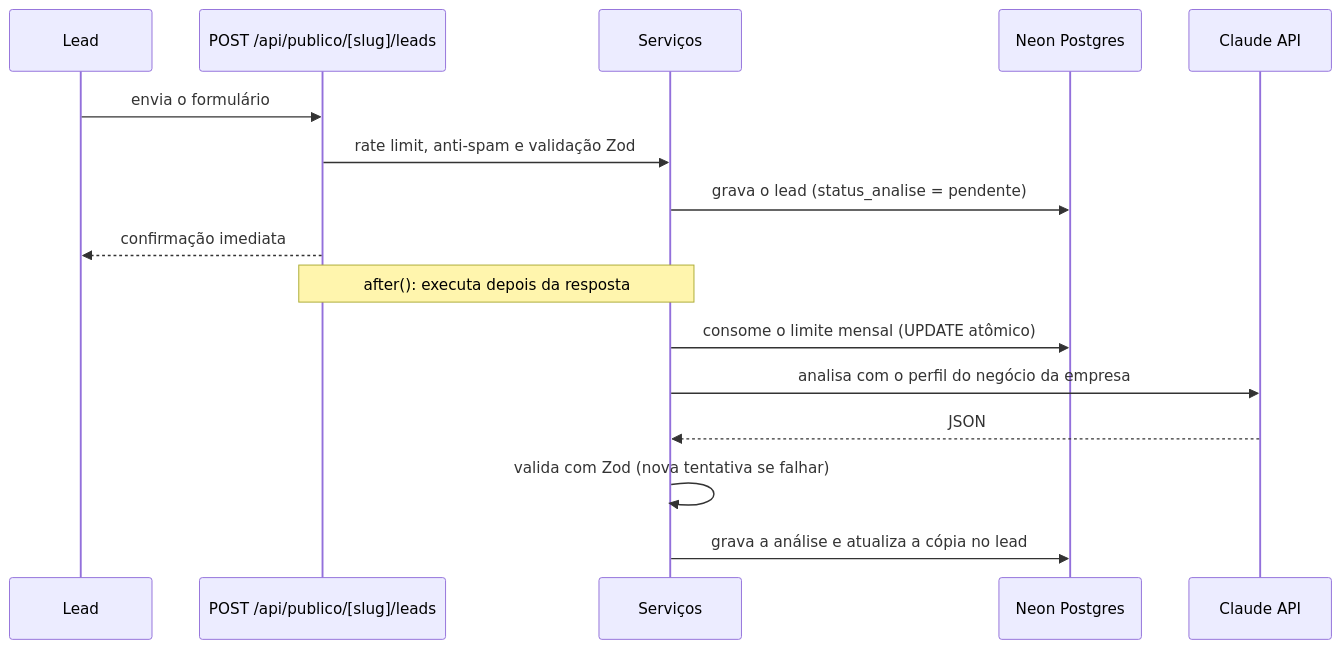
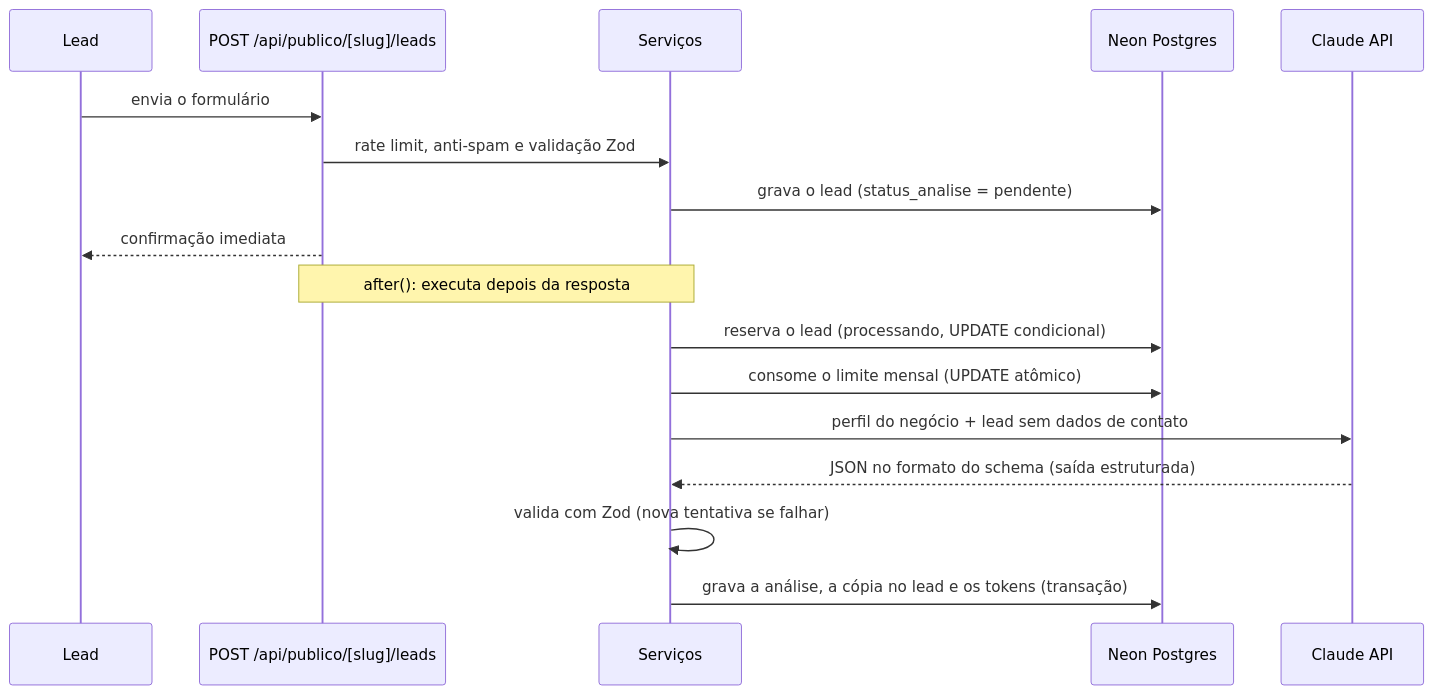
One commit to FernandoRCoelho5/leadscore-ia changed the second of 3 diagrams in docs/arquitetura.md. Above: the diagram before and after it, drawn with Mermaid. The commit also changed other lines of this file and 1 other file, not shown here.

Commit message:
docs: registra D-027 (motor de IA) e atualiza a arquitetura

````diff
--- a/docs/arquitetura.md
+++ b/docs/arquitetura.md
@@ -256,18 +258,19 @@
 ```mermaid
 sequenceDiagram
   participant L as Lead
   participant API as POST /api/publico/[slug]/leads
   participant S as Serviços
   participant DB as Neon Postgres
   participant IA as Claude API
   L->>API: envia o formulário
   API->>S: rate limit, anti-spam e validação Zod
   S->>DB: grava o lead (status_analise = pendente)
   API-->>L: confirmação imediata
   Note over API,S: after(): executa depois da resposta
+  S->>DB: reserva o lead (processando, UPDATE condicional)
   S->>DB: consome o limite mensal (UPDATE atômico)
-  S->>IA: analisa com o perfil do negócio da empresa
-  IA-->>S: JSON
+  S->>IA: perfil do negócio + lead sem dados de contato
+  IA-->>S: JSON no formato do schema (saída estruturada)
   S->>S: valida com Zod (nova tentativa se falhar)
-  S->>DB: grava a análise e atualiza a cópia no lead
+  S->>DB: grava a análise, a cópia no lead e os tokens (transação)
 ```
````
